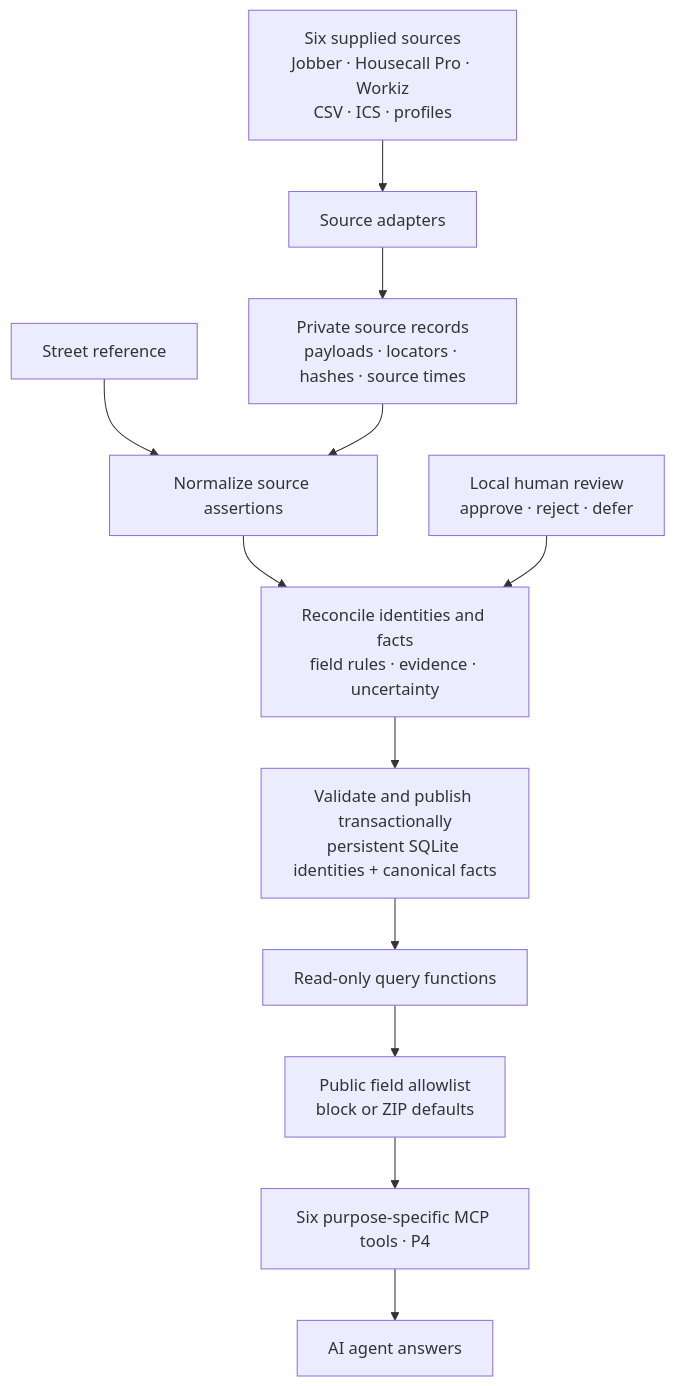
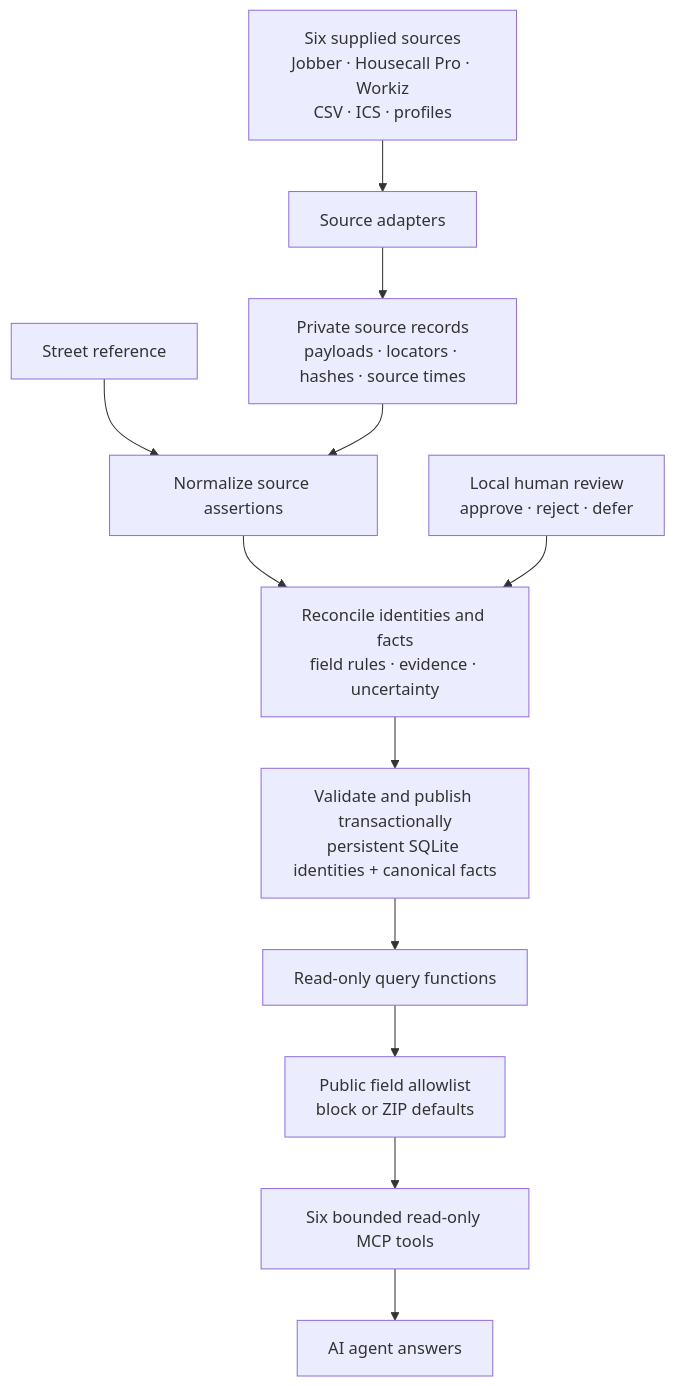
The first of 3 diagrams in ARCHITECTURE.md (hyetigran/ha_data_pipeline), drawn with Mermaid before and after one commit. The commit also changed other lines of this file and 26 other files, not shown here.

First line of the commit message:
feat(mcp): deliver six read-only tools and verified Codex demo (#4)

````diff
--- a/ARCHITECTURE.md
+++ b/ARCHITECTURE.md
@@ -7,14 +7,14 @@
 ```mermaid
 flowchart TD
     Inputs["Six supplied sources<br/>Jobber · Housecall Pro · Workiz<br/>CSV · ICS · profiles"] --> Adapters["Source adapters"]
     Ref["Street reference"] --> Normalize["Normalize source assertions"]
     Adapters --> Raw["Private source records<br/>payloads · locators · hashes · source times"]
     Raw --> Normalize
     Normalize --> Reconcile["Reconcile identities and facts<br/>field rules · evidence · uncertainty"]
     Review["Local human review<br/>approve · reject · defer"] --> Reconcile
     Reconcile --> Publish["Validate and publish transactionally<br/>persistent SQLite identities + canonical facts"]
     Publish --> Queries["Read-only query functions"]
     Queries --> Privacy["Public field allowlist<br/>block or ZIP defaults"]
-    Privacy --> MCP["Six purpose-specific MCP tools · P4"]
+    Privacy --> MCP["Six bounded read-only MCP tools"]
     MCP --> Agent["AI agent answers"]
 ```
````
